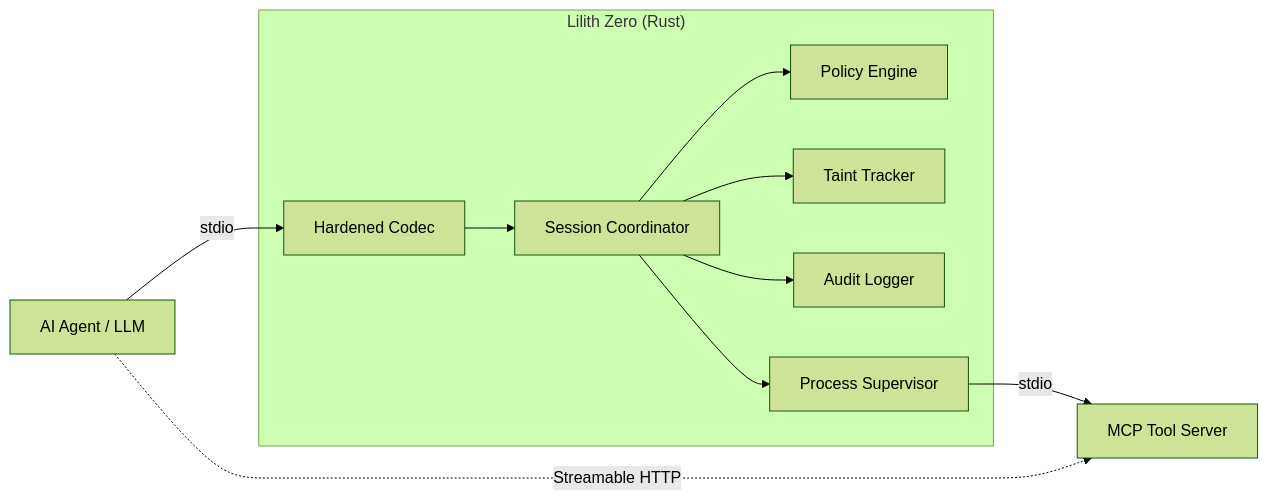
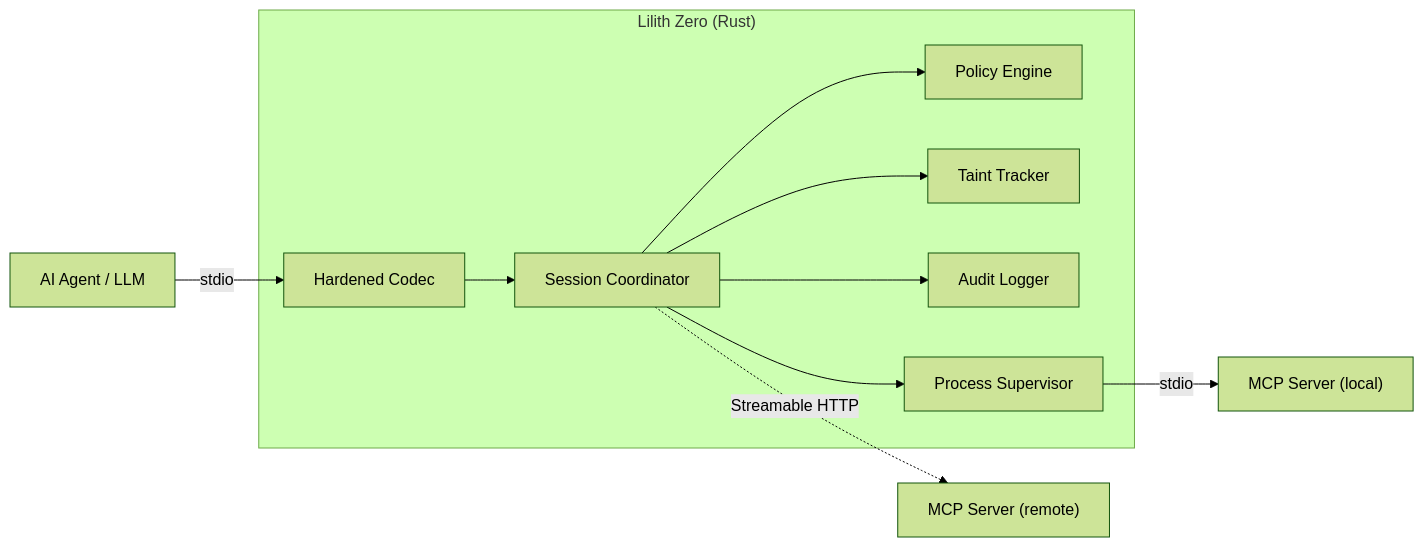
One commit to BadC-mpany/lilith-zero changed the diagram in README.md. Above: the diagram before and after it, drawn with Mermaid (forest theme). The commit also changed other lines of this file, not shown here.

First line of the commit message:
docs(readme): fix mermaid HTTP transport; remove all em dashes

````diff
--- a/README.md
+++ b/README.md
@@ -57,15 +57,15 @@
 ```mermaid
 graph LR
     Agent["AI Agent / LLM"] -->|stdio| Codec
 
     subgraph lz["Lilith Zero &lpar;Rust&rpar;"]
         Codec["Hardened Codec"] --> Coord["Session Coordinator"]
         Coord --> Policy["Policy Engine"]
         Coord --> Taint["Taint Tracker"]
         Coord --> Audit["Audit Logger"]
         Coord --> Proc["Process Supervisor"]
     end
 
-    Proc -->|stdio| Tool["MCP Tool Server"]
-    Agent -.->|Streamable HTTP| Tool
+    Proc -->|stdio| ToolLocal["MCP Server &lpar;local&rpar;"]
+    Coord -.->|Streamable HTTP| ToolRemote["MCP Server &lpar;remote&rpar;"]
 ```
````
